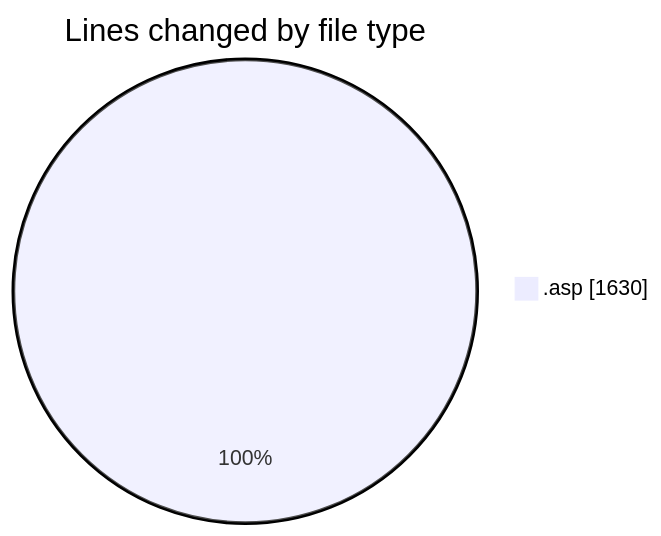
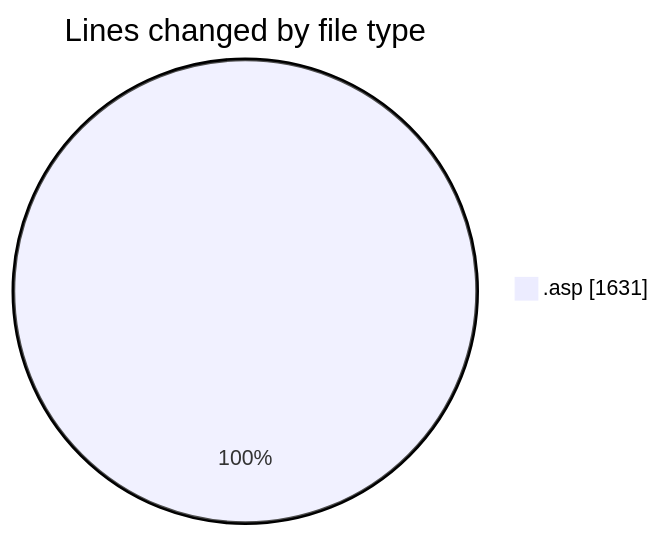
Before and after one commit to julien-gomy/code-tracking: the first of 2 diagrams in 2025-11-23/cdp_aleoudev_fr__workspace_/README.md, drawn with Mermaid. The commit also changed other lines of this file and 1 other file, not shown here.

````diff
--- a/2025-11-23/cdp_aleoudev_fr__workspace_/README.md
+++ b/2025-11-23/cdp_aleoudev_fr__workspace_/README.md
@@ -23,5 +23,5 @@
 ```mermaid
 pie showData
 title Lines changed by file type
-".asp" : 1630
+".asp" : 1631
 ```
````
